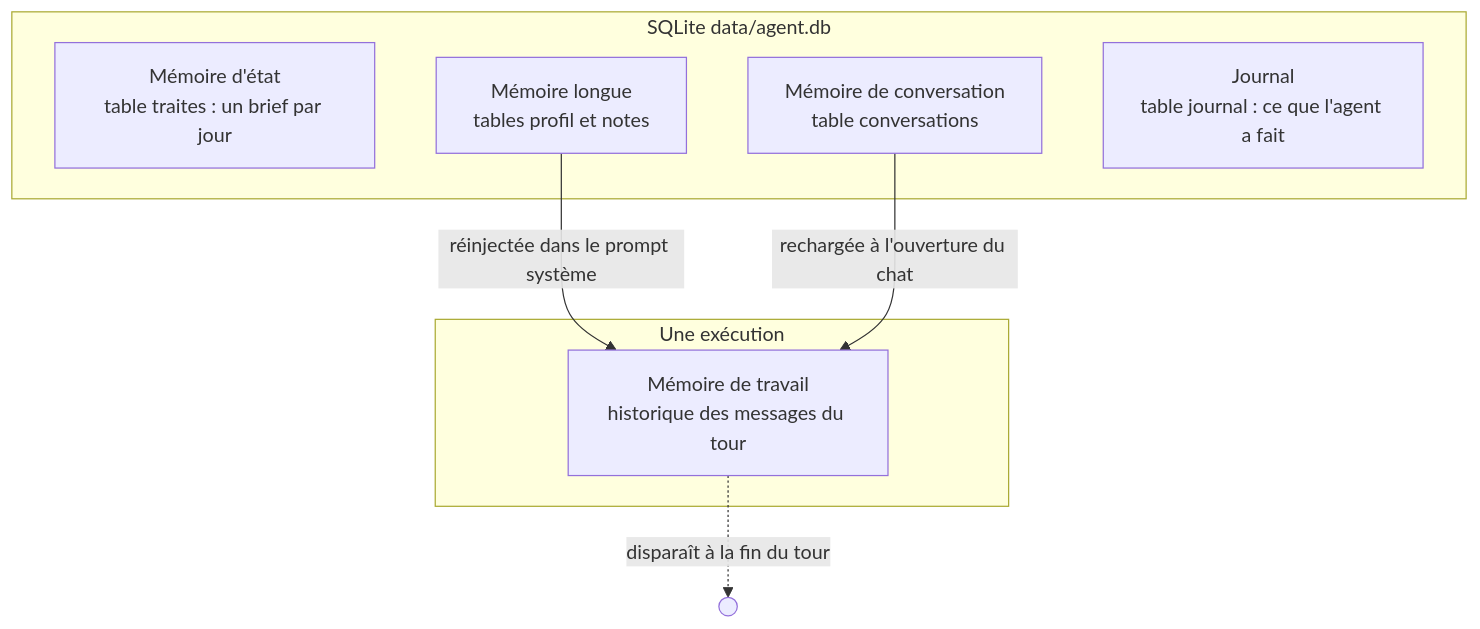
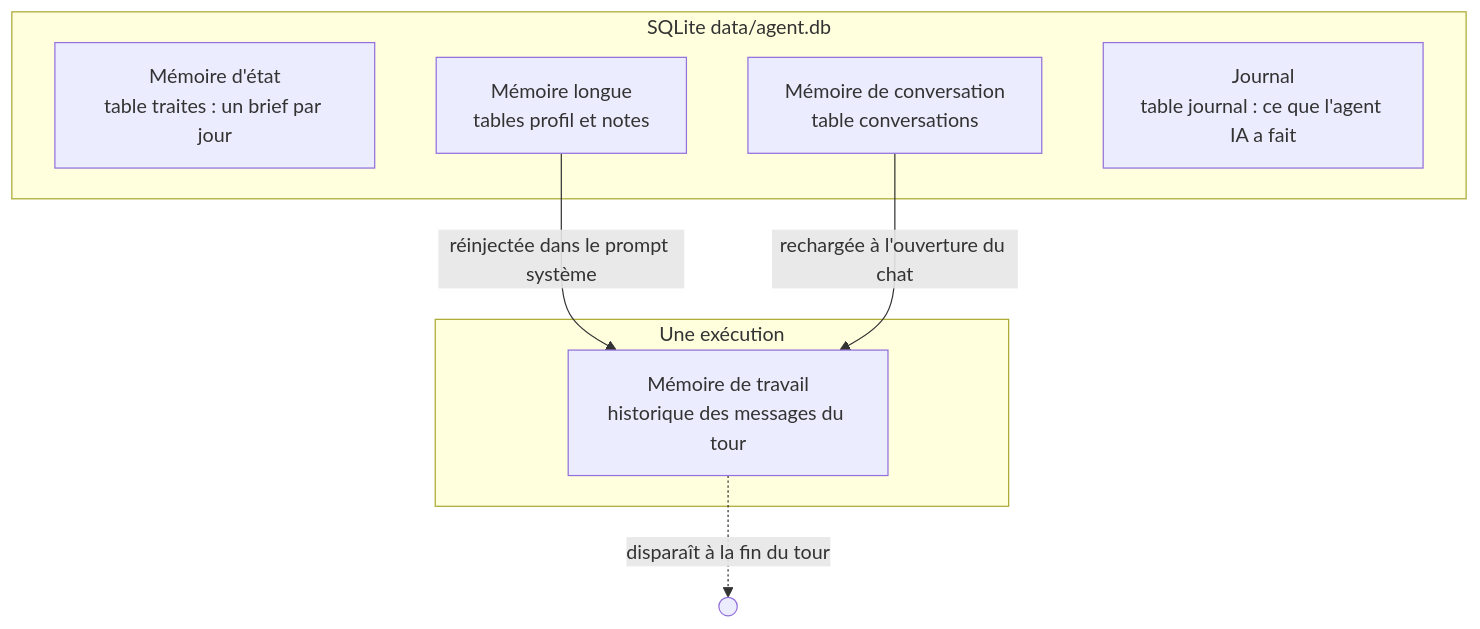
Before and after one commit to lecinquiemejour-code/goodvibe-tuto: the fifth of 44 diagrams in tuto-goodvibe-vibecoding.md, drawn with Mermaid. The commit also changed other lines of this file, not shown here.

Commit message:
docs(tuto): « agent IA » ou « agent de codage », jamais « agent » seul ; encadré « Deux agents, deux rôles » et entrée de glossaire

````diff
--- a/tuto-goodvibe-vibecoding.md
+++ b/tuto-goodvibe-vibecoding.md
@@ -409,15 +411,15 @@
 ```mermaid
 flowchart TD
     subgraph Une exécution
         T["Mémoire de travail<br/>historique des messages du tour"]
     end
     subgraph SQLite data/agent.db
         E["Mémoire d'état<br/>table traites : un brief par jour"]
         L["Mémoire longue<br/>tables profil et notes"]
         C["Mémoire de conversation<br/>table conversations"]
-        J["Journal<br/>table journal : ce que l'agent a fait"]
+        J["Journal<br/>table journal : ce que l'agent IA a fait"]
     end
     T -. "disparaît à la fin du tour" .-> X((" "))
     L -- "réinjectée dans le prompt système" --> T
     C -- "rechargée à l'ouverture du chat" --> T
 ```
````
